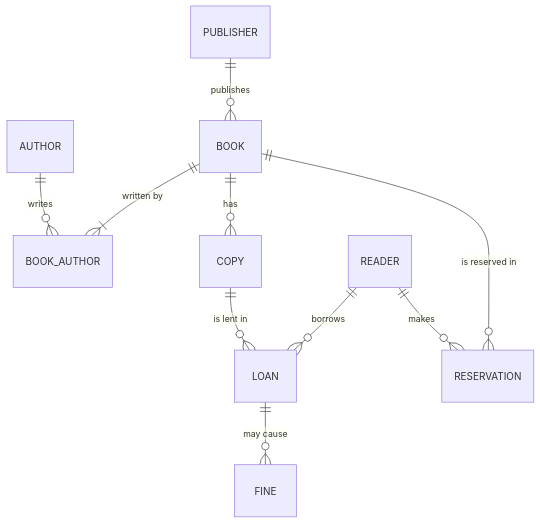
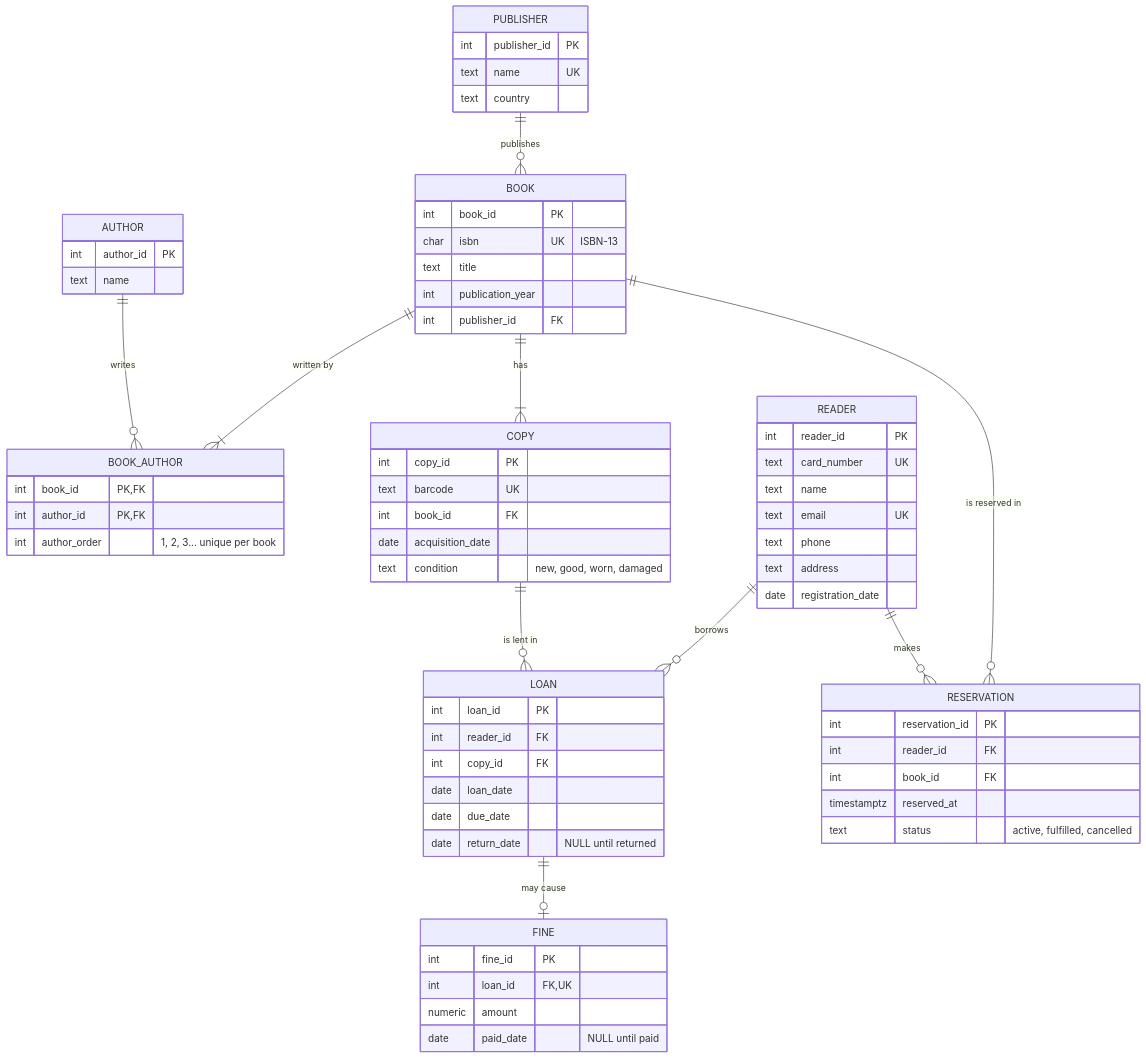
Before and after one commit to sabsushi/databases_module: the diagram in exercises/02-modelling/exercise/model.md, drawn with Mermaid. The commit also changed other lines of this file, not shown here.

Commit message:
Exercise 02: model updated to the current brief

````diff
--- a/exercises/02-modelling/exercise/model.md
+++ b/exercises/02-modelling/exercise/model.md
@@ -5,12 +5,71 @@
 ```mermaid
 erDiagram
     PUBLISHER ||--o{ BOOK : publishes
     BOOK ||--|{ BOOK_AUTHOR : "written by"
     AUTHOR ||--o{ BOOK_AUTHOR : writes
-    BOOK ||--o{ COPY : has
+    BOOK ||--|{ COPY : has
     READER ||--o{ LOAN : borrows
     COPY ||--o{ LOAN : "is lent in"
     BOOK ||--o{ RESERVATION : "is reserved in"
     READER ||--o{ RESERVATION : makes
-    LOAN ||--o{ FINE : "may cause"
+    LOAN ||--o| FINE : "may cause"
+
+    PUBLISHER {
+        int publisher_id PK
+        text name UK
+        text country
+    }
+    AUTHOR {
+        int author_id PK
+        text name
+    }
+    BOOK {
+        int book_id PK
+        char isbn UK "ISBN-13"
+        text title
+        int publication_year
+        int publisher_id FK
+    }
+    BOOK_AUTHOR {
+        int book_id PK, FK
+        int author_id PK, FK
+        int author_order "1, 2, 3... unique per book"
+    }
+    COPY {
+        int copy_id PK
+        text barcode UK
+        int book_id FK
+        date acquisition_date
+        text condition "new, good, worn, damaged"
+    }
+    READER {
+        int reader_id PK
+        text card_number UK
+        text name
+        text email UK
+        text phone
+        text address
+        date registration_date
+    }
+    LOAN {
+        int loan_id PK
+        int reader_id FK
+        int copy_id FK
+        date loan_date
+        date due_date
+        date return_date "NULL until returned"
+    }
+    RESERVATION {
+        int reservation_id PK
+        int reader_id FK
+        int book_id FK
+        timestamptz reserved_at
+        text status "active, fulfilled, cancelled"
+    }
+    FINE {
+        int fine_id PK
+        int loan_id FK, UK
+        numeric amount
+        date paid_date "NULL until paid"
+    }
 ```
````
